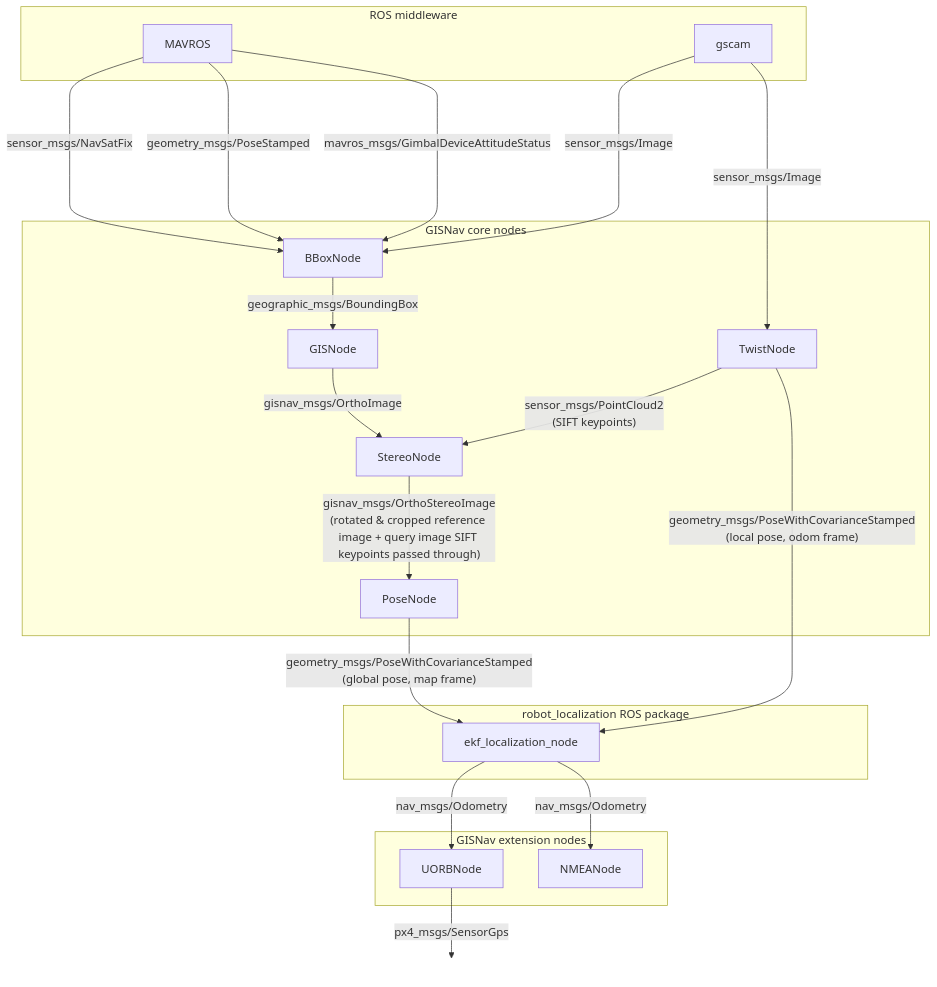
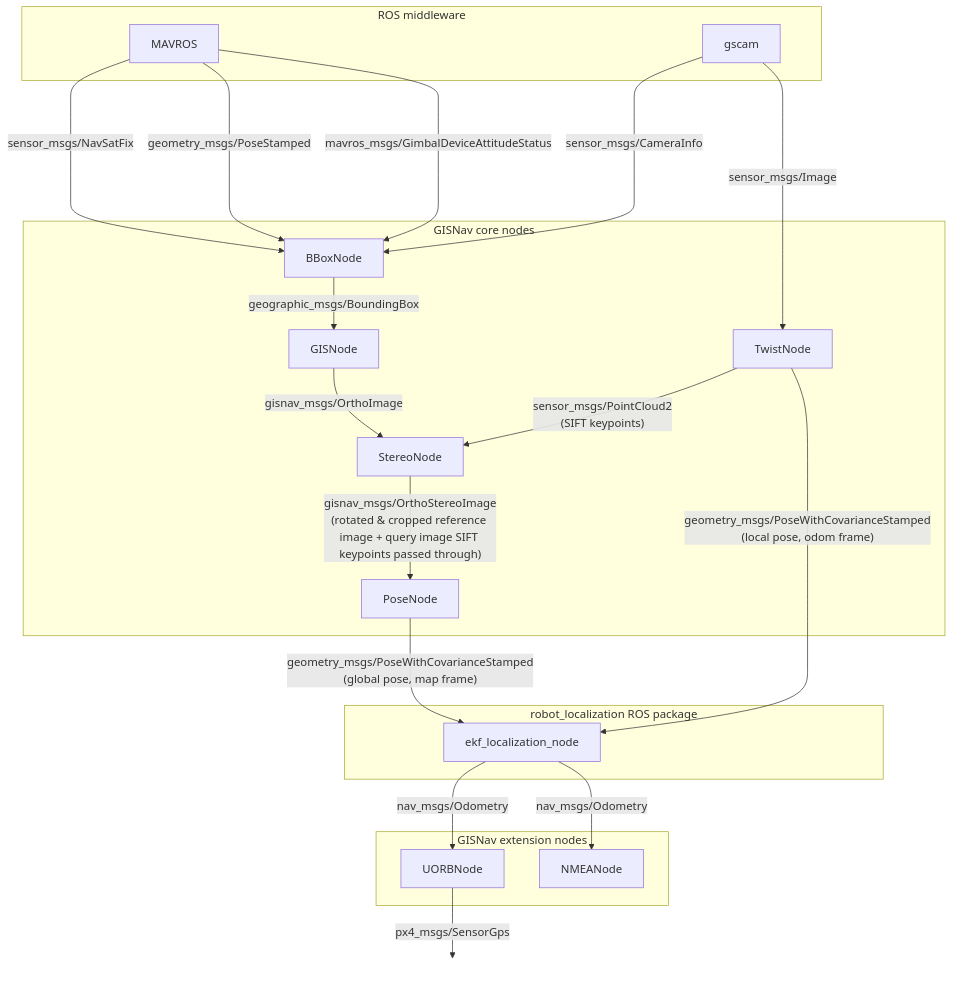
The first of 3 diagrams in docs/vitepress/docs/system-architecture.md (hmakelin/gisnav), drawn with Mermaid before and after one commit.

Commit message:
Fix ROS topography diagram error

````diff
--- a/docs/vitepress/docs/system-architecture.md
+++ b/docs/vitepress/docs/system-architecture.md
@@ -19,39 +19,39 @@
 ```mermaid
 graph TB
 
     subgraph ros_middleware["ROS middleware"]
         MAVROS
         gscam
     end
 
     MAVROS -->|"sensor_msgs/NavSatFix"| BBoxNode
     MAVROS -->|"geometry_msgs/PoseStamped"| BBoxNode
     MAVROS -->|"mavros_msgs/GimbalDeviceAttitudeStatus"| BBoxNode
-    gscam ---->|"sensor_msgs/Image"| BBoxNode
+    gscam ---->|"sensor_msgs/CameraInfo"| BBoxNode
     gscam ---->|"sensor_msgs/Image"| TwistNode
 
     subgraph core["GISNav core nodes"]
         BBoxNode -->|"geographic_msgs/BoundingBox"| GISNode
         GISNode -->|"gisnav_msgs/OrthoImage"| StereoNode
         StereoNode -->|"gisnav_msgs/OrthoStereoImage\n(rotated & cropped reference image + query image SIFT keypoints passed through)"| PoseNode
         TwistNode -->|"sensor_msgs/PointCloud2\n(SIFT keypoints)"| StereoNode
     end
 
     subgraph extension["GISNav extension nodes"]
         NMEANode["NMEANode"]
         UORBNode["UORBNode"]
     end
 
     subgraph robot_localization["robot_localization ROS package"]
         ekf["ekf_localization_node"] -->|"nav_msgs/Odometry"| UORBNode
         ekf["ekf_localization_node"] -->|"nav_msgs/Odometry"| NMEANode
     end
 
     TwistNode -->|"geometry_msgs/PoseWithCovarianceStamped\n(local pose, odom frame)"| ekf
 
     PoseNode -->|"geometry_msgs/PoseWithCovarianceStamped\n(global pose, map frame)"| ekf
     UORBNode -->|"px4_msgs/SensorGps"| micro_ros_agent[" "]
 
     style micro_ros_agent fill-opacity:0, stroke-opacity:0;
 
 ```
````
